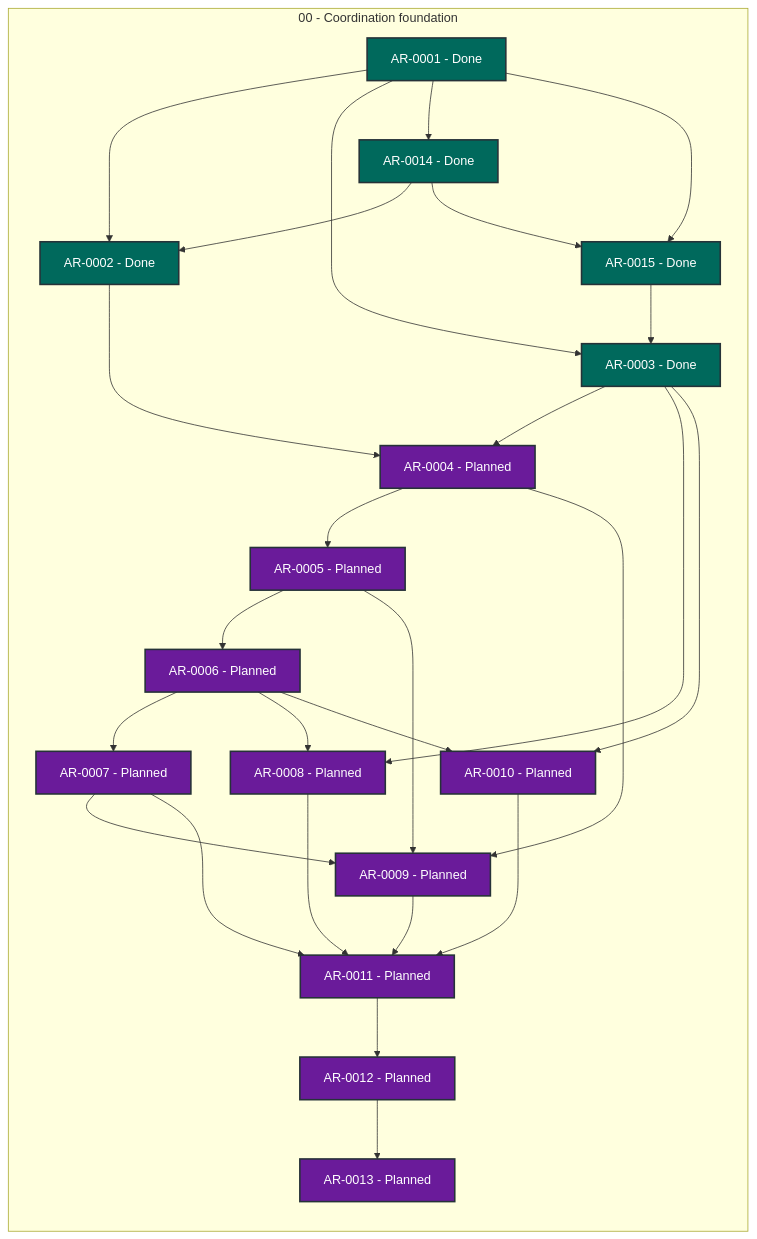
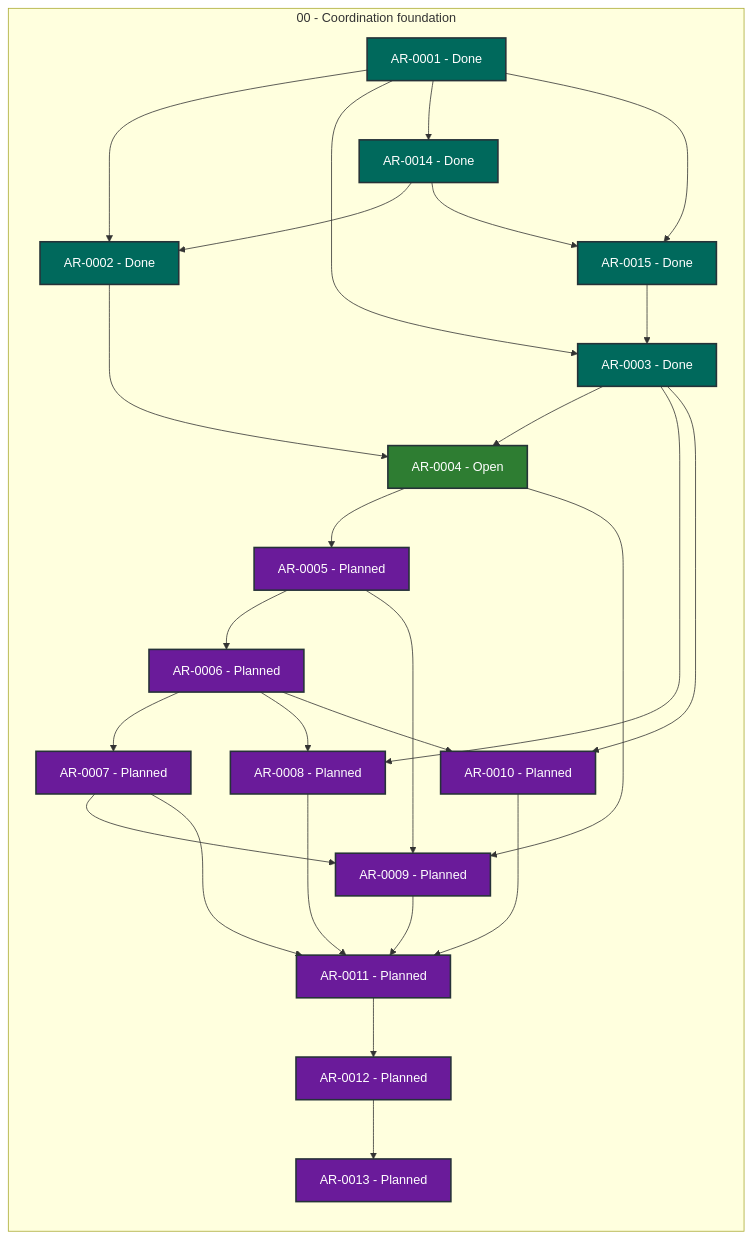
One commit to martin-beck/agent-workflow-tui-state changed the diagram in STATUS.md. Above: the diagram before and after it, drawn with Mermaid. The commit also changed other lines of this file and 2 other files, not shown here.

````diff
--- a/STATUS.md
+++ b/STATUS.md
@@ -27,54 +27,54 @@
 ```mermaid
 flowchart LR
     subgraph series_00["00 - Coordination foundation"]
         direction TB
         AR_0001["AR-0001 - Done"]:::status_done
         AR_0002["AR-0002 - Done"]:::status_done
         AR_0003["AR-0003 - Done"]:::status_done
-        AR_0004["AR-0004 - Planned"]:::status_planned
+        AR_0004["AR-0004 - Open"]:::status_open
         AR_0005["AR-0005 - Planned"]:::status_planned
         AR_0006["AR-0006 - Planned"]:::status_planned
         AR_0007["AR-0007 - Planned"]:::status_planned
         AR_0008["AR-0008 - Planned"]:::status_planned
         AR_0009["AR-0009 - Planned"]:::status_planned
         AR_0010["AR-0010 - Planned"]:::status_planned
         AR_0011["AR-0011 - Planned"]:::status_planned
         AR_0012["AR-0012 - Planned"]:::status_planned
         AR_0013["AR-0013 - Planned"]:::status_planned
         AR_0014["AR-0014 - Done"]:::status_done
         AR_0015["AR-0015 - Done"]:::status_done
     end
     AR_0001 --> AR_0002
     AR_0001 --> AR_0003
     AR_0001 --> AR_0014
     AR_0001 --> AR_0015
     AR_0002 --> AR_0004
     AR_0003 --> AR_0004
     AR_0003 --> AR_0008
     AR_0003 --> AR_0010
     AR_0004 --> AR_0005
     AR_0004 --> AR_0009
     AR_0005 --> AR_0006
     AR_0005 --> AR_0009
     AR_0006 --> AR_0007
     AR_0006 --> AR_0008
     AR_0006 --> AR_0010
     AR_0007 --> AR_0009
     AR_0007 --> AR_0011
     AR_0008 --> AR_0011
     AR_0009 --> AR_0011
     AR_0010 --> AR_0011
     AR_0011 --> AR_0012
     AR_0012 --> AR_0013
     AR_0014 --> AR_0002
     AR_0014 --> AR_0015
     AR_0015 --> AR_0003
     classDef status_in_progress fill:#1565c0,color:#ffffff,stroke:#263238,stroke-width:2px
     classDef status_open fill:#2e7d32,color:#ffffff,stroke:#263238,stroke-width:2px
     classDef status_blocked fill:#c62828,color:#ffffff,stroke:#263238,stroke-width:2px
     classDef status_planned fill:#6a1b9a,color:#ffffff,stroke:#263238,stroke-width:2px
     classDef status_future fill:#455a64,color:#ffffff,stroke:#263238,stroke-width:2px
     classDef status_done fill:#00695c,color:#ffffff,stroke:#263238,stroke-width:2px
     classDef status_cancelled fill:#616161,color:#ffffff,stroke:#263238,stroke-width:2px
     classDef status_superseded fill:#5d4037,color:#ffffff,stroke:#263238,stroke-width:2px
 ```
````
